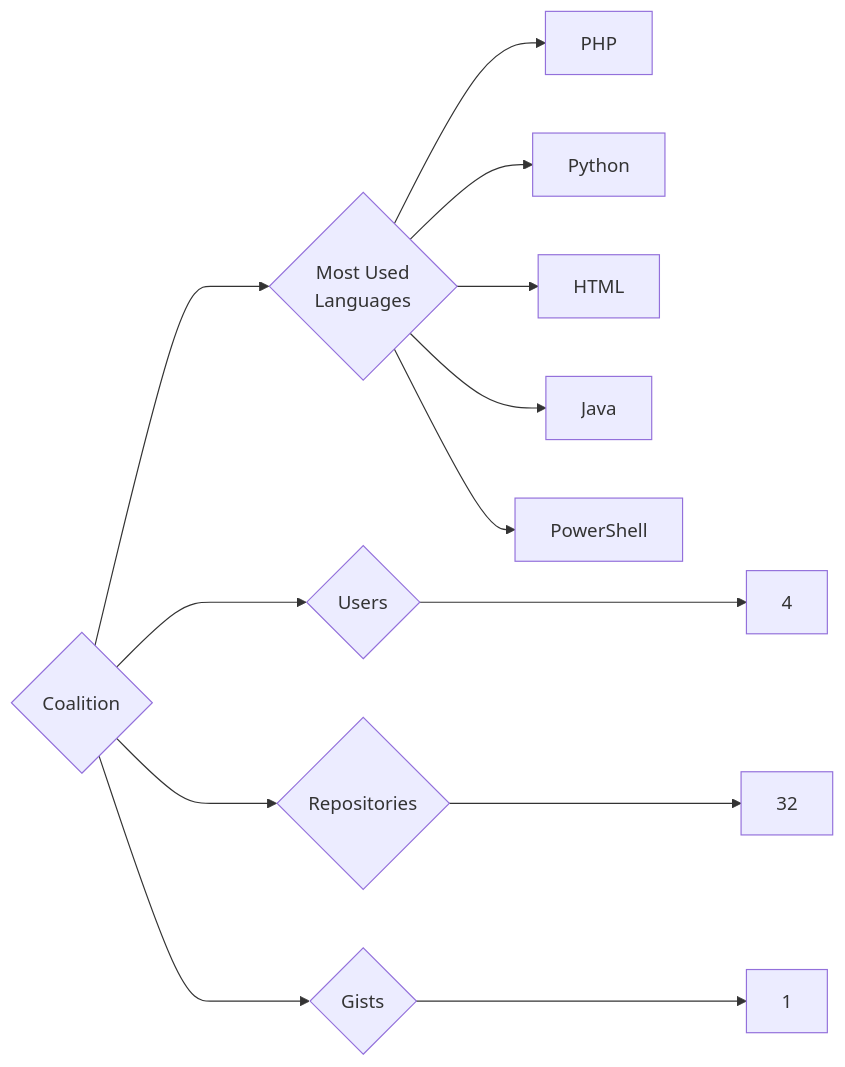
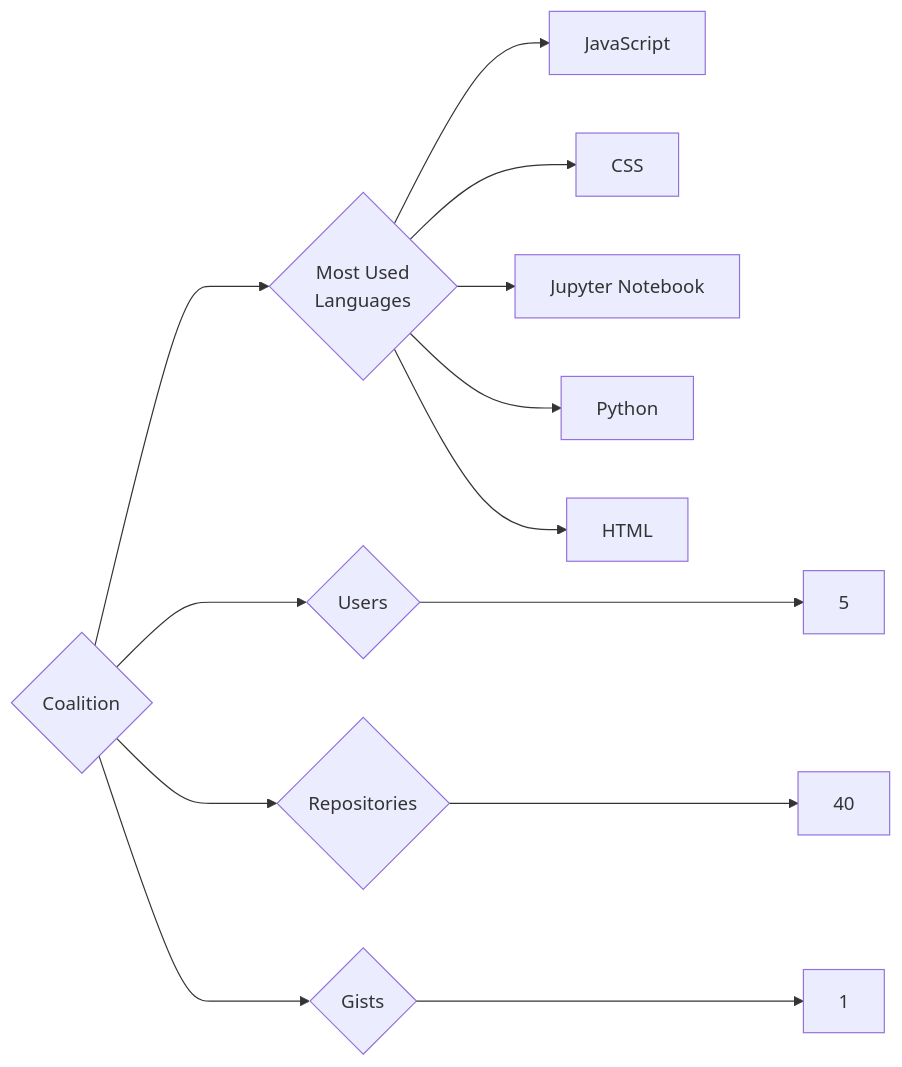
Before and after one commit to trickest/insiders: the diagram in targets/Coalition/README.md, drawn with Mermaid. The commit also changed 826 other files, not shown here.

````diff
--- a/targets/Coalition/README.md
+++ b/targets/Coalition/README.md
@@ -3,13 +3,13 @@
 ```mermaid
 graph LR
 COMPANY_NAME{Coalition}
-COMPANY_NAME ---> U{Users} ---> UN[4]
-COMPANY_NAME ---> R{Repositories} ---> RN[32]
+COMPANY_NAME ---> U{Users} ---> UN[5]
+COMPANY_NAME ---> R{Repositories} ---> RN[40]
 COMPANY_NAME ---> G{Gists} ---> GN[1]
 COMPANY_NAME ---> ML{Most Used<br>Languages}
-ML --> PHP[PHP]
+ML --> JavaScript[JavaScript]
+ML --> CSS[CSS]
+ML --> Jupyter_Notebook[Jupyter Notebook]
 ML --> Python[Python]
 ML --> HTML[HTML]
-ML --> Java[Java]
-ML --> PowerShell[PowerShell]
 ```
````
